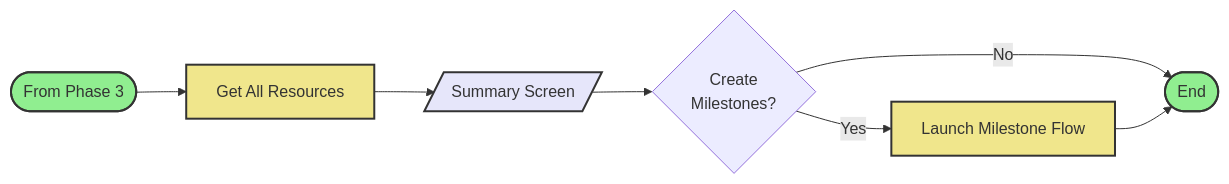
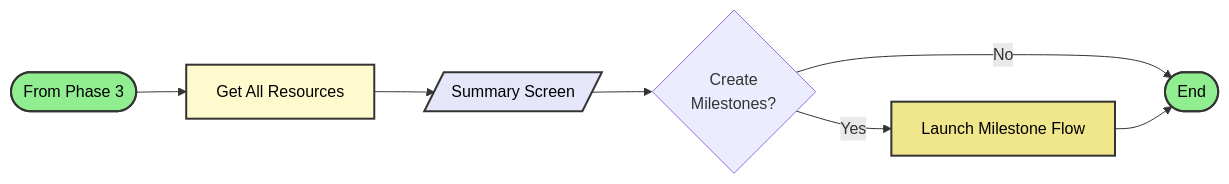
One commit to akj/mermaid-sample changed the sixth of 6 diagrams in README.md. Above: the diagram before and after it, drawn with Mermaid. The commit also changed other lines of this file, not shown here.

````diff
--- a/README.md
+++ b/README.md
@@ -150,17 +171,19 @@
 ```mermaid
 flowchart LR
     Phase3([From Phase 3]) --> GetAllResources[Get All Resources]
     GetAllResources --> SummaryScreen[/Summary Screen/]
     SummaryScreen --> CreateMilestones{Create<br/>Milestones?}
     CreateMilestones -->|Yes| LaunchMilestones[Launch Milestone Flow]
     CreateMilestones -->|No| End([End])
     LaunchMilestones --> End
 
-    classDef screenStyle fill:#E6E6FA,stroke:#333,stroke-width:2px
-    classDef startEnd fill:#90EE90,stroke:#333,stroke-width:2px
-    classDef processStyle fill:#F0E68C,stroke:#333,stroke-width:2px
+    classDef screenStyle fill:#E6E6FA,stroke:#333,stroke-width:2px,color:#000
+    classDef startEnd fill:#90EE90,stroke:#333,stroke-width:2px,color:#000
+    classDef getStyle fill:#FFFACD,stroke:#333,stroke-width:2px,color:#000
+    classDef launchStyle fill:#F0E68C,stroke:#333,stroke-width:2px,color:#000
 
     class SummaryScreen screenStyle
     class Phase3,End startEnd
-    class GetAllResources,LaunchMilestones processStyle
+    class GetAllResources getStyle
+    class LaunchMilestones launchStyle
 ```
````
